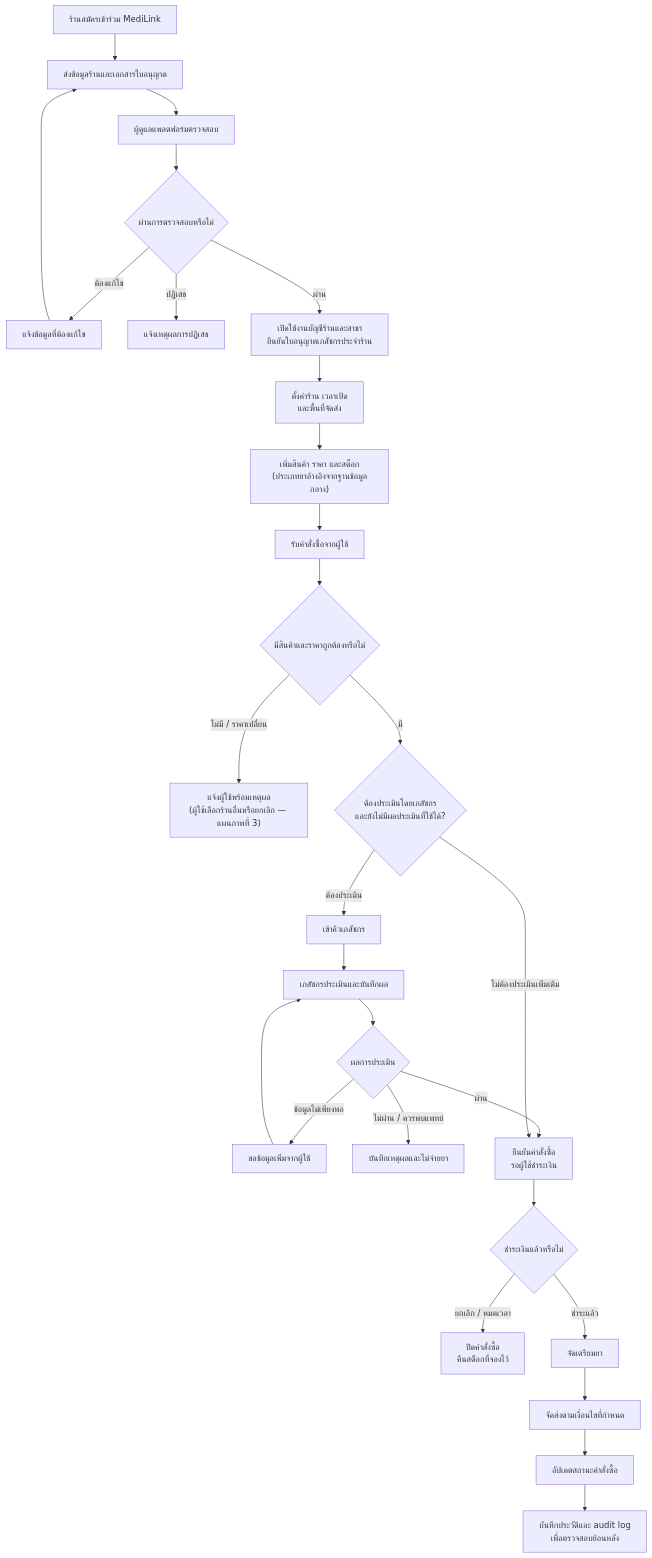
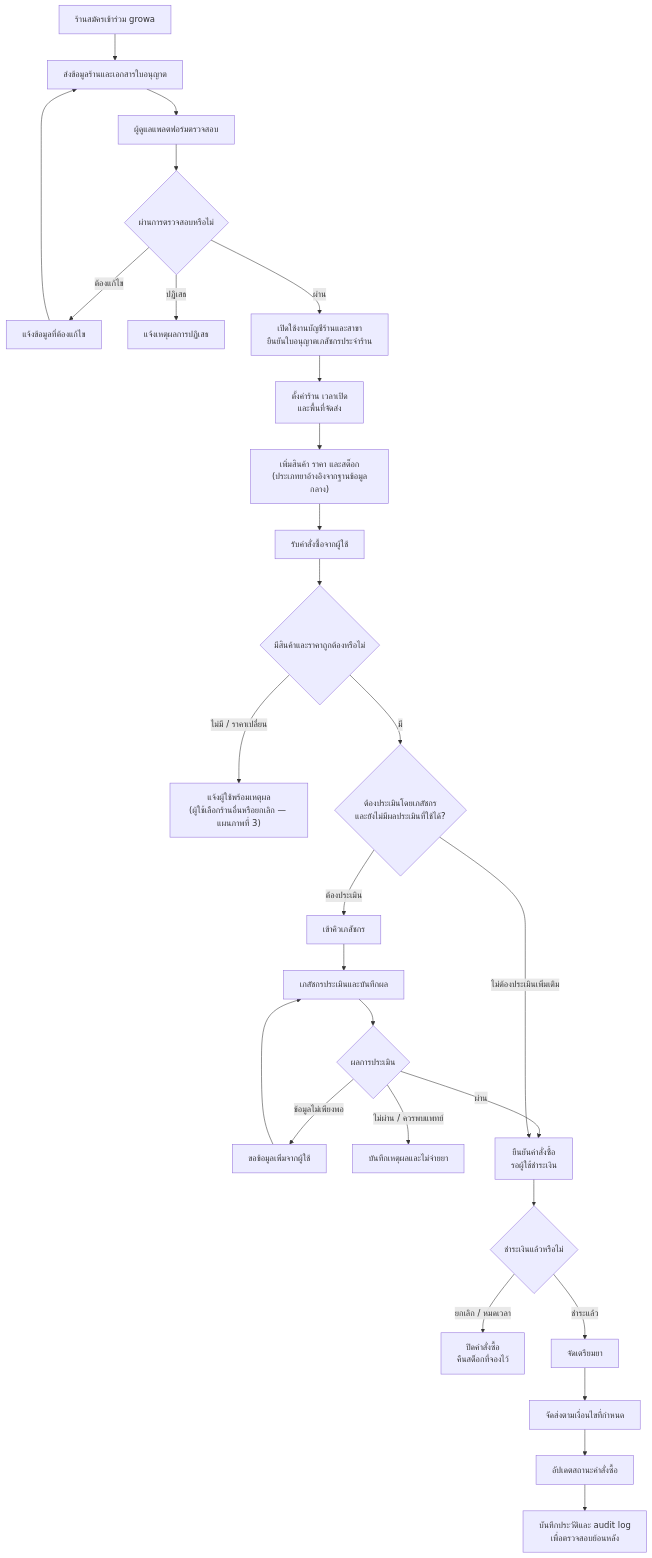
Before and after one commit to azengonlafa-glitch/growa: the fifth of 6 diagrams in docs/flowcharts.md, drawn with Mermaid. The commit also changed other lines of this file and 55 other files, not shown here.

First line of the commit message:
New one-step-per-screen ordering flow, demo simulation and flair styling

````diff
--- a/docs/flowcharts.md
+++ b/docs/flowcharts.md
@@ -208,33 +208,33 @@
 ```mermaid
 flowchart TD
-    A["ร้านสมัครเข้าร่วม MediLink"] --> B["ส่งข้อมูลร้านและเอกสารใบอนุญาต"]
+    A["ร้านสมัครเข้าร่วม growa"] --> B["ส่งข้อมูลร้านและเอกสารใบอนุญาต"]
     B --> C["ผู้ดูแลแพลตฟอร์มตรวจสอบ"]
     C --> D{"ผ่านการตรวจสอบหรือไม่"}
     D -->|"ต้องแก้ไข"| E["แจ้งข้อมูลที่ต้องแก้ไข"]
     E --> B
     D -->|"ปฏิเสธ"| E2["แจ้งเหตุผลการปฏิเสธ"]
     D -->|"ผ่าน"| F["เปิดใช้งานบัญชีร้านและสาขา<br/>ยืนยันใบอนุญาตเภสัชกรประจำร้าน"]
 
     F --> G["ตั้งค่าร้าน เวลาเปิด<br/>และพื้นที่จัดส่ง"]
     G --> H["เพิ่มสินค้า ราคา และสต็อก<br/>(ประเภทยาอ้างอิงจากฐานข้อมูลกลาง)"]
     H --> I["รับคำสั่งซื้อจากผู้ใช้"]
     I --> J{"มีสินค้าและราคาถูกต้องหรือไม่"}
     J -->|"ไม่มี / ราคาเปลี่ยน"| K["แจ้งผู้ใช้พร้อมเหตุผล<br/>(ผู้ใช้เลือกร้านอื่นหรือยกเลิก — แผนภาพที่ 3)"]
     J -->|"มี"| L{"ต้องประเมินโดยเภสัชกร<br/>และยังไม่มีผลประเมินที่ใช้ได้?"}
 
     L -->|"ต้องประเมิน"| M["เข้าคิวเภสัชกร"]
     M --> N["เภสัชกรประเมินและบันทึกผล"]
     N --> O{"ผลการประเมิน"}
     O -->|"ข้อมูลไม่เพียงพอ"| O1["ขอข้อมูลเพิ่มจากผู้ใช้"]
     O1 --> N
     O -->|"ไม่ผ่าน / ควรพบแพทย์"| P["บันทึกเหตุผลและไม่จ่ายยา"]
     O -->|"ผ่าน"| Q
     L -->|"ไม่ต้องประเมินเพิ่มเติม"| Q["ยืนยันคำสั่งซื้อ<br/>รอผู้ใช้ชำระเงิน"]
 
     Q --> R{"ชำระเงินแล้วหรือไม่"}
     R -->|"ยกเลิก / หมดเวลา"| R1["ปิดคำสั่งซื้อ<br/>คืนสต็อกที่จองไว้"]
     R -->|"ชำระแล้ว"| S["จัดเตรียมยา"]
     S --> T["จัดส่งตามเงื่อนไขที่กำหนด"]
     T --> U["อัปเดตสถานะคำสั่งซื้อ"]
     U --> V["บันทึกประวัติและ audit log<br/>เพื่อตรวจสอบย้อนหลัง"]
 ```
````
